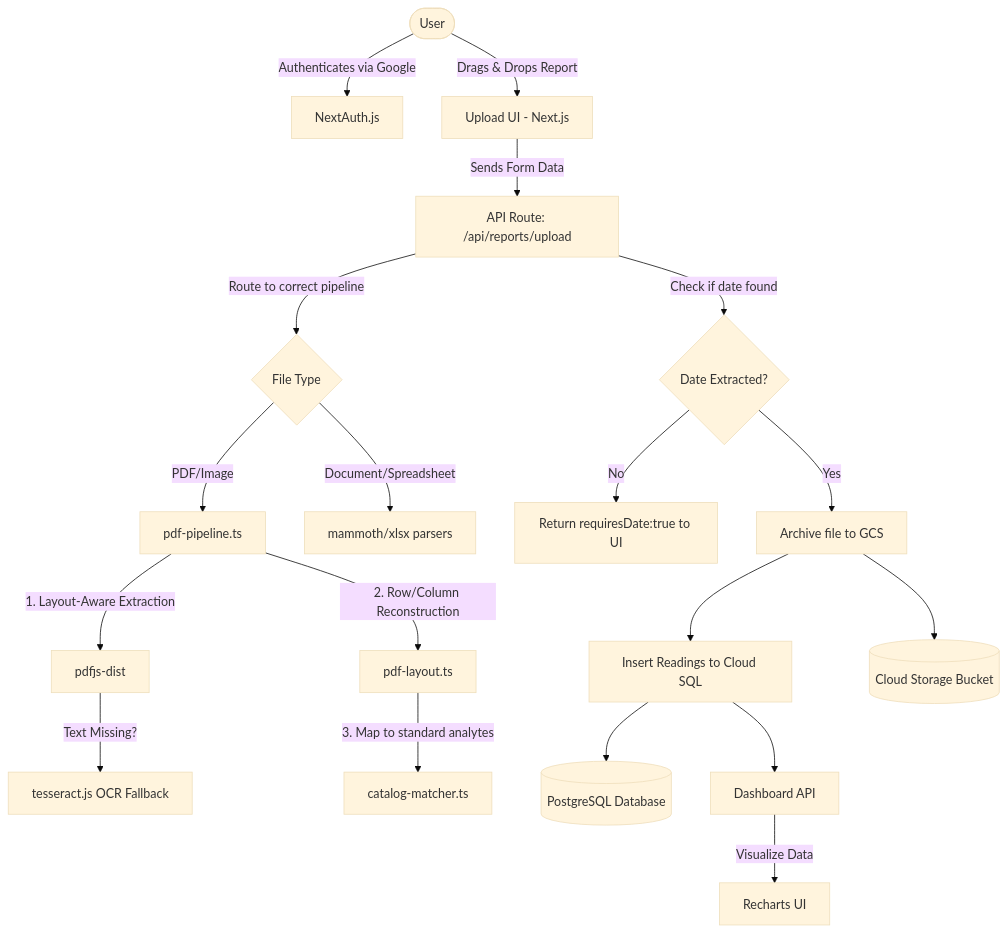
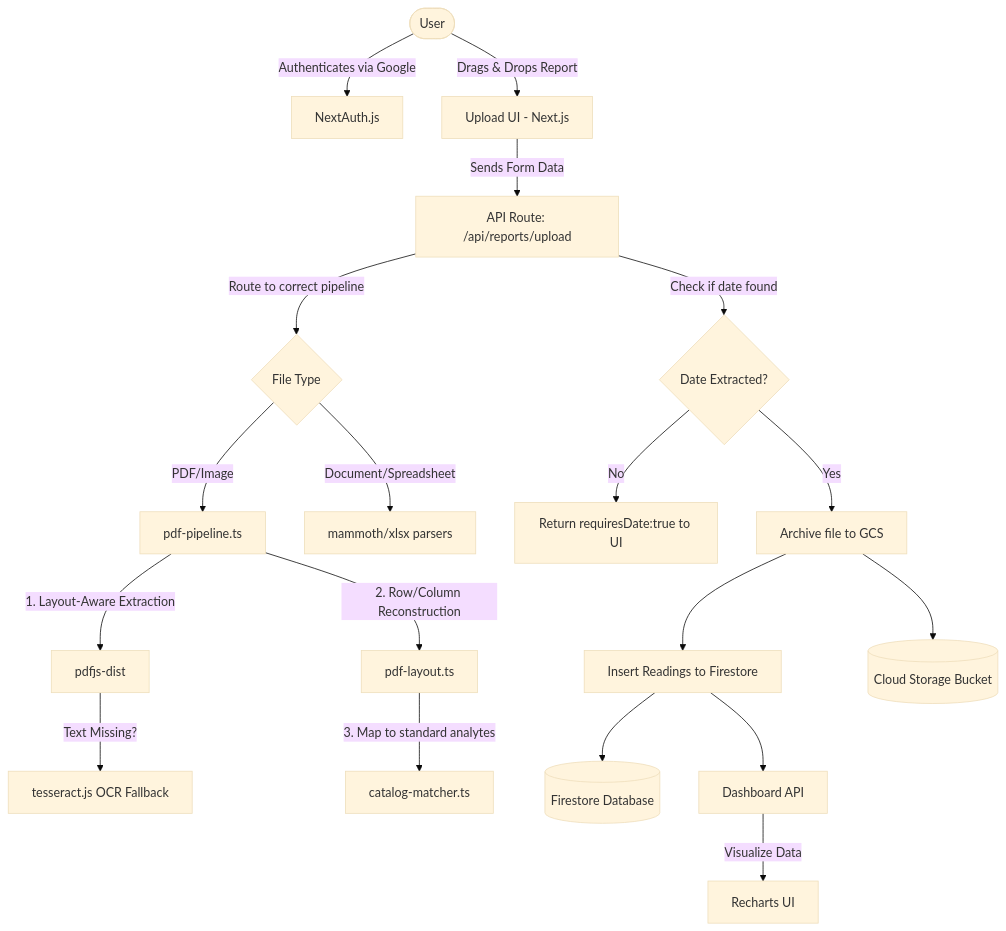
One commit to tkmu/health-vitals-tracker changed the diagram in README.md. Above: the diagram before and after it, drawn with Mermaid (base theme). The commit also changed other lines of this file and 11 other files, not shown here.

Commit message:
Migrate database layer to Google Cloud Firestore (NoSQL)

````diff
--- a/README.md
+++ b/README.md
@@ -29,30 +29,30 @@
 ```mermaid
 graph TD
     User([User]) -->|Authenticates via Google| Auth[NextAuth.js]
     User -->|Drags & Drops Report| UI[Upload UI - Next.js]
     
     UI -->|Sends Form Data| API[API Route: /api/reports/upload]
     
     API -->|Route to correct pipeline| Ingest{File Type}
     
     Ingest -->|PDF/Image| PDFPipeline[pdf-pipeline.ts]
     
     PDFPipeline -->|1. Layout-Aware Extraction| PDFDist[pdfjs-dist]
     PDFDist -->|Text Missing?| OCR[tesseract.js OCR Fallback]
     
     PDFPipeline -->|2. Row/Column Reconstruction| Layout[pdf-layout.ts]
     Layout -->|3. Map to standard analytes| Catalog[catalog-matcher.ts]
     
     Ingest -->|Document/Spreadsheet| Other[mammoth/xlsx parsers]
     
     API -->|Check if date found| DateCheck{Date Extracted?}
     DateCheck -->|No| Prompt[Return requiresDate:true to UI]
     DateCheck -->|Yes| Storage[Archive file to GCS]
     
-    Storage --> DB[Insert Readings to Cloud SQL]
-    DB --> CloudSQL[(PostgreSQL Database)]
+    Storage --> DB[Insert Readings to Firestore]
+    DB --> CloudSQL[(Firestore Database)]
     Storage --> GCS[(Cloud Storage Bucket)]
     
     DB --> Dashboard[Dashboard API]
     Dashboard -->|Visualize Data| Visuals[Recharts UI]
 ```
````
